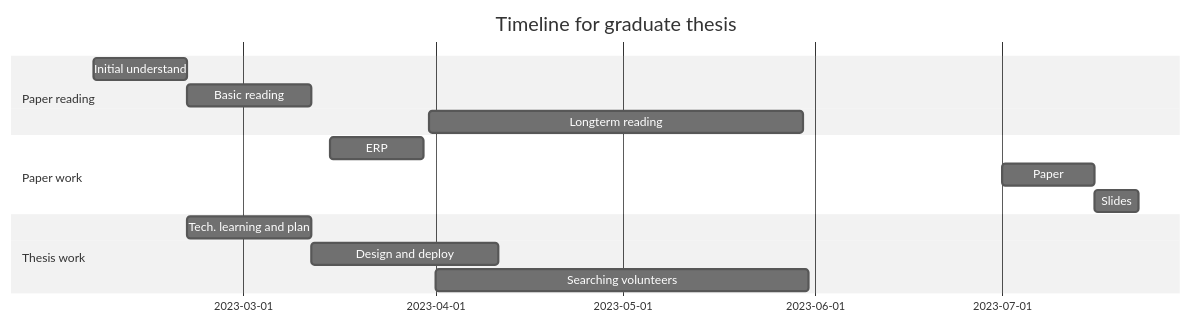
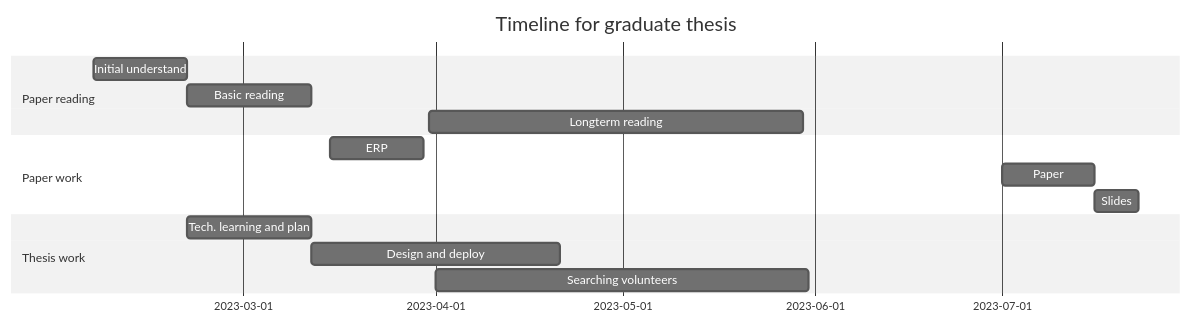
Before and after one commit to hinczhang/GraduteThesis_Master: the diagram in README.md, drawn with Mermaid (neutral theme).

Commit message:
daily update

````diff
--- a/README.md
+++ b/README.md
@@ -9,17 +9,17 @@
 ```mermaid
 gantt
     title Timeline for graduate thesis
     dateFormat  YYYY-MM-DD
     section Paper reading
     Initial understand              :a1, 2023-02-05, 15d
     Basic reading                   :a2, after a1, 20d
     Longterm reading                :2023-03-31, 60d
     section Paper work
     ERP                             :b1, 2023-03-15, 15d
     Paper                           :b2, 2023-07-01, 15d
     Slides                          :b3, after b2, 7d
     section Thesis work
     Tech. learning and plan         :c1, after a1, 20d
-    Design and deploy               :c2, after c1, 30d
+    Design and deploy               :c2, after c1, 40d
     Searching volunteers            :c3, 2023-04-01, 60d
 ```
````
